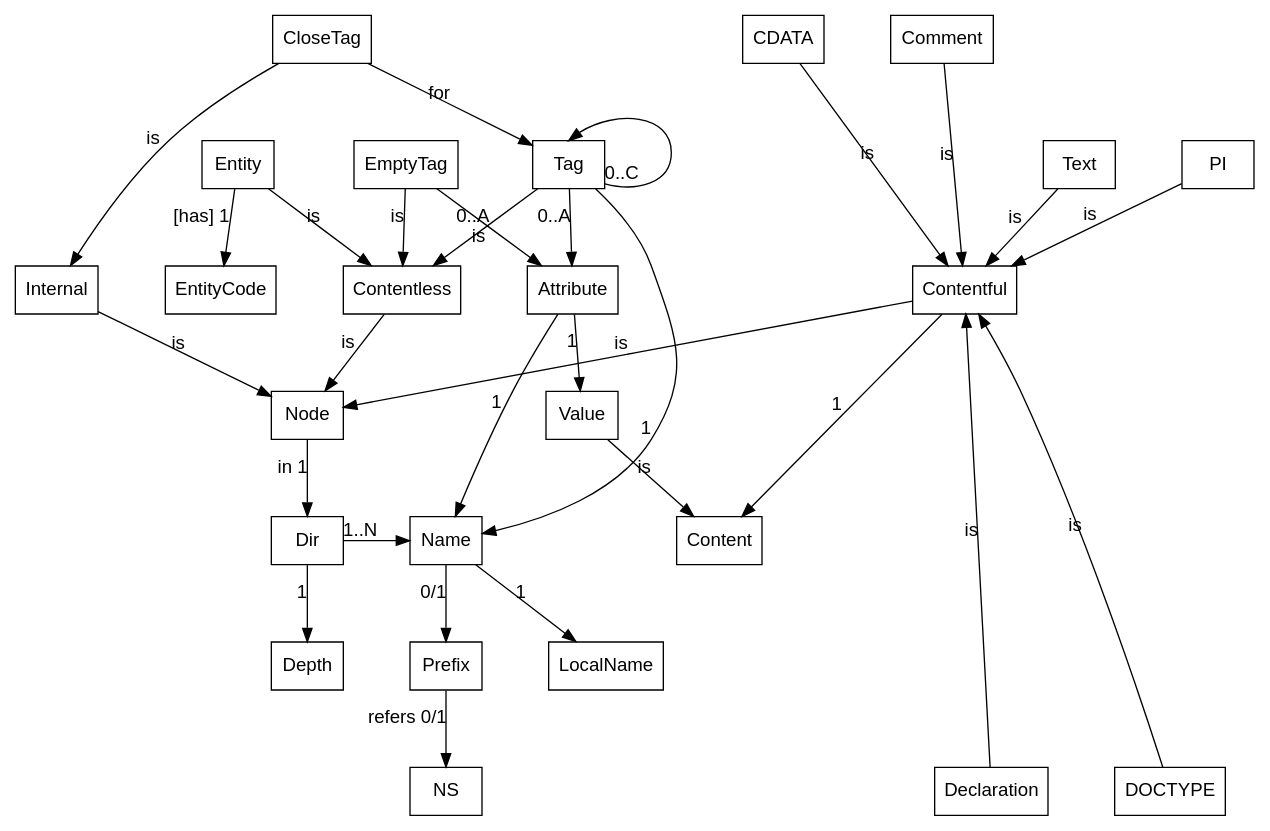
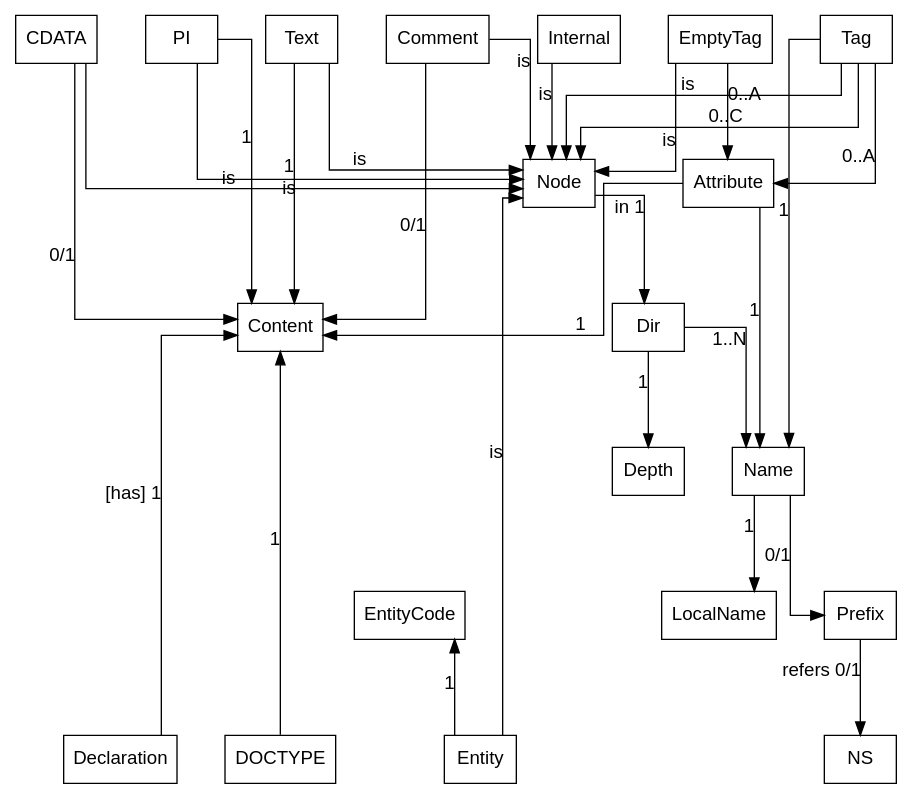
The diagram in model.gv (disco85/xmlalt), drawn with Graphviz before and after one commit. The commit also changed 1 other file, not shown here.

```diff
--- a/model.gv
+++ b/model.gv
@@ -1,50 +1,50 @@
 digraph model_graph {
-  graph [splines=true, nodesep=0.7, ranksep=0.8]
+  graph [splines=ortho, nodesep=0.5, ranksep=1.0, rankdir=TB ]
   fontname="Helvetica,Arial,sans-serif"
   node [fontname="Helvetica,Arial,sans-serif"]
   edge [fontname="Helvetica,Arial,sans-serif"]
   node [shape=box]
 
   Name -> LocalName [xlabel = "1"]
   Name -> Prefix [xlabel = "0/1"]
   Prefix -> NS [xlabel = "refers 0/1"]
 
   Dir -> Name [xlabel = "1..N"]
   Dir -> Depth [xlabel = 1]
 
   Attribute -> Name [xlabel = 1]
-  Attribute -> Value [xlabel = 1]
-  Value -> Content [xlabel = is]
+  Attribute -> Content [xlabel = 1]
 
   "Node" -> Dir [xlabel = "in 1"]
 
-  Contentful -> "Node" [xlabel = is]
-  Contentful -> Content [xlabel = 1]
+  CDATA -> "Node" [xlabel = is]
+  Comment -> "Node" [xlabel = is]
+  Text -> "Node" [xlabel = is]
+  PI -> "Node" [xlabel = is]
 
-  CDATA -> Contentful [xlabel = is]
-  Comment -> Contentful [xlabel = is]
-  Text -> Contentful [xlabel = is]
-  PI -> Contentful [xlabel = is]
-  Declaration -> Contentful [xlabel = is]
-  DOCTYPE -> Contentful [xlabel = is]
+  { rank=same; Text; PI; }
+  { rank=max; Declaration; DOCTYPE; Entity; }
 
-  { rank=min; CDATA; Comment; }
-  { rank=same; Text; PI; }
-  { rank=max; Declaration; DOCTYPE; }
-  { rank=same; Name; Dir; }
+  CDATA -> Content [xlabel = "0/1"]
+  Comment -> Content [xlabel = "0/1"]
+  Text -> Content [xlabel = 1]
+  PI -> Content [xlabel = 1]
 
-  Contentless -> "Node" [xlabel = is]
-  Entity -> Contentless [xlabel = is]
-  Entity -> EntityCode [xlabel = "[has] 1"]
-  EmptyTag -> Contentless [xlabel = is]
-  EmptyTag -> Attribute [xlabel = "0..A"]
+  Declaration -> Content [xlabel = "[has] 1"]
+  DOCTYPE -> Content [xlabel = 1]
 
-  Tag -> Contentless [xlabel = is]
+  Internal -> "Node" [xlabel = is]
+
+  //{ rank=min; Entity; EntityCode; }
+
+  Entity -> EntityCode [xlabel = "1"]
+  Entity -> "Node" [xlabel = is]
+
+  Tag -> "Node" [xlabel = is]
   Tag -> Attribute [xlabel = "0..A"]
   Tag -> Name [xlabel = 1]
-  Tag -> Tag:n [xlabel = "0..C"]
+  Tag -> "Node" [xlabel = "0..C"]
 
-  Internal -> "Node" [xlabel = is]
-  CloseTag -> Internal [xlabel = is]
-  CloseTag -> Tag [xlabel = for]
+  EmptyTag -> "Node" [xlabel = is]
+  EmptyTag -> Attribute [xlabel = "0..A"]
 }
```
